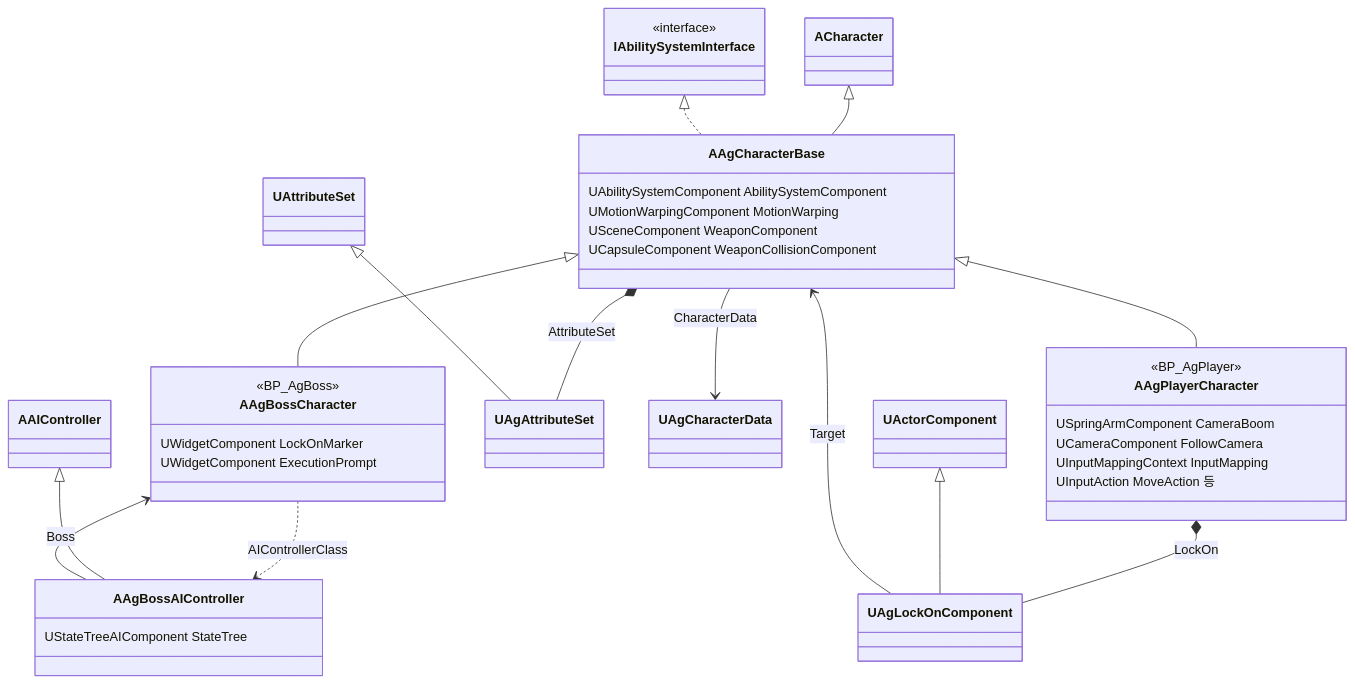
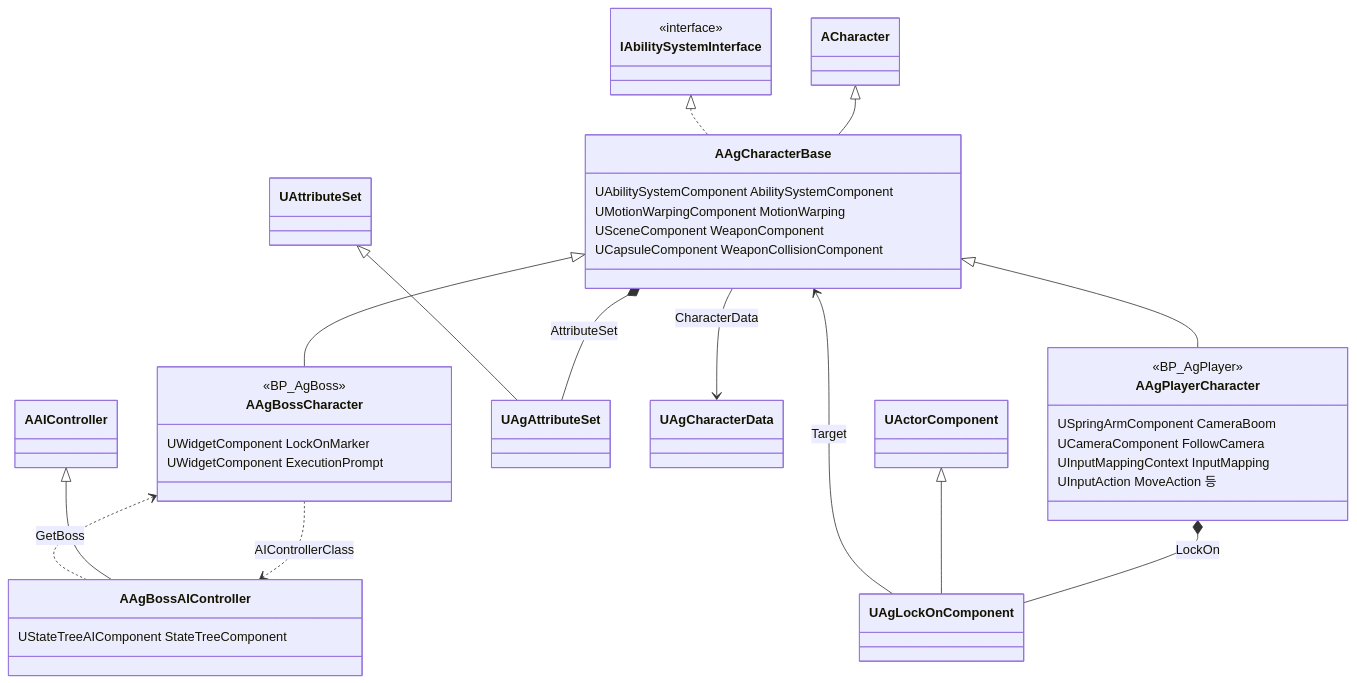
Before and after one commit to Woogl/Ag: the first of 6 diagrams in Docs/Program/캐릭터와 GAS.md, drawn with Mermaid. The commit also changed other lines of this file and 9 other files, not shown here.

````diff
--- a/Docs/Program/캐릭터와 GAS.md
+++ b/Docs/Program/캐릭터와 GAS.md
@@ -34,42 +34,42 @@
 ```mermaid
 classDiagram
     direction TB
     class IAbilitySystemInterface {
         <<interface>>
     }
     class AAgCharacterBase {
         UAbilitySystemComponent AbilitySystemComponent
         UMotionWarpingComponent MotionWarping
         USceneComponent WeaponComponent
         UCapsuleComponent WeaponCollisionComponent
     }
     class AAgPlayerCharacter {
         <<BP_AgPlayer>>
         USpringArmComponent CameraBoom
         UCameraComponent FollowCamera
         UInputMappingContext InputMapping
         UInputAction MoveAction 등
     }
     class AAgBossCharacter {
         <<BP_AgBoss>>
         UWidgetComponent LockOnMarker
         UWidgetComponent ExecutionPrompt
     }
     class AAgBossAIController {
-        UStateTreeAIComponent StateTree
+        UStateTreeAIComponent StateTreeComponent
     }
     ACharacter <|-- AAgCharacterBase
     IAbilitySystemInterface <|.. AAgCharacterBase
     AAgCharacterBase <|-- AAgPlayerCharacter
     AAgCharacterBase <|-- AAgBossCharacter
 
     AAgCharacterBase *-- UAgAttributeSet : AttributeSet
     UAttributeSet <|-- UAgAttributeSet
     AAgCharacterBase --> UAgCharacterData : CharacterData
     AAgPlayerCharacter *-- UAgLockOnComponent : LockOn
     UActorComponent <|-- UAgLockOnComponent
     UAgLockOnComponent --> AAgCharacterBase : Target
     AAgBossCharacter ..> AAgBossAIController : AIControllerClass
     AAIController <|-- AAgBossAIController
-    AAgBossAIController --> AAgBossCharacter : Boss
+    AAgBossAIController ..> AAgBossCharacter : GetBoss
 ```
````
